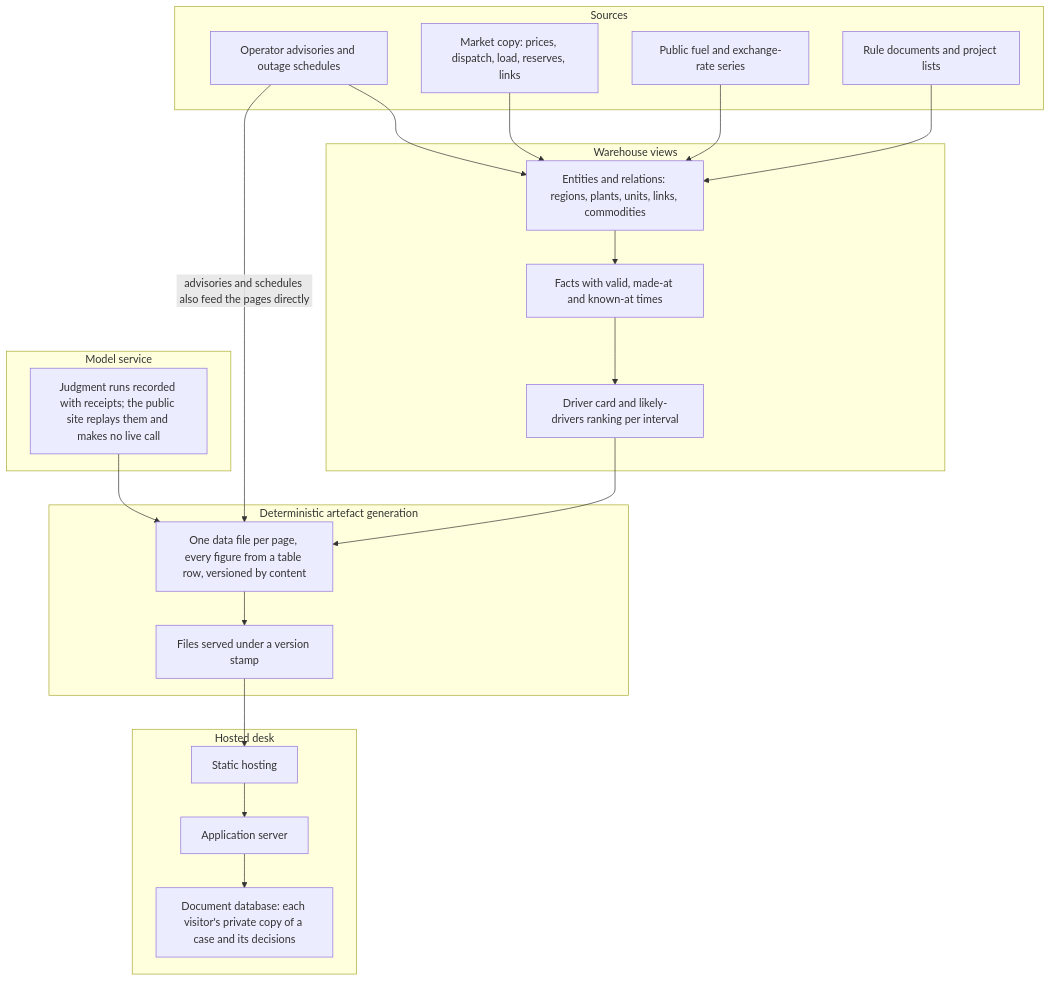
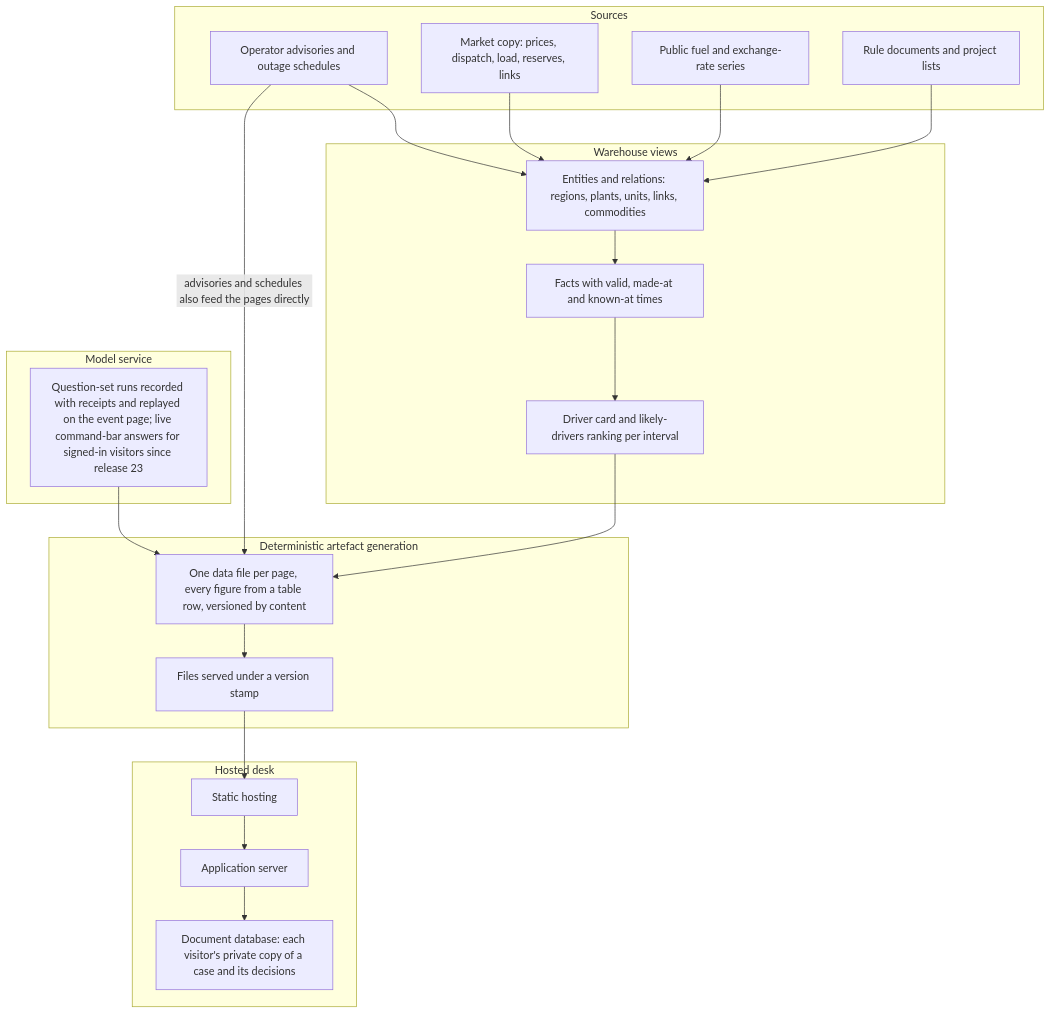
One commit to sammatuba/ingrid changed the second of 6 diagrams in docs/product/paper-accountable-ai-decisions-2026-10-17.md. Above: the diagram before and after it, drawn with Mermaid. The commit also changed other lines of this file and 10 other files, not shown here.

````diff
--- a/docs/product/paper-accountable-ai-decisions-2026-10-17.md
+++ b/docs/product/paper-accountable-ai-decisions-2026-10-17.md
@@ -280,29 +284,29 @@
 ```mermaid
 flowchart TB
     subgraph SRC[Sources]
         A1[Operator advisories and outage schedules]
         A2[Market copy: prices, dispatch, load, reserves, links]
         A3[Public fuel and exchange-rate series]
         A4[Rule documents and project lists]
     end
     subgraph WH[Warehouse views]
         W1[Entities and relations: regions, plants, units, links, commodities] --> W2[Facts with valid, made-at and known-at times] --> W3[Driver card and likely-drivers ranking per interval]
     end
     subgraph BLD[Deterministic artefact generation]
         D1[One data file per page, every figure from a table row, versioned by content] --> D2[Files served under a version stamp]
     end
     subgraph HOST[Hosted desk]
         H1[Static hosting] --> H2[Application server] --> H3[Document database: each visitor's private copy of a case and its decisions]
     end
     subgraph MDL[Model service]
-        M1[Judgment runs recorded with receipts; the public site replays them and makes no live call]
+        M1[Question-set runs recorded with receipts and replayed on the event page; live command-bar answers for signed-in visitors since release 23]
     end
     A1 --> W1
     A2 --> W1
     A3 --> W1
     A4 --> W1
     W3 --> D1
     A1 -->|advisories and schedules also feed the pages directly| D1
     D2 --> H1
     M1 --> D1
 ```
````
